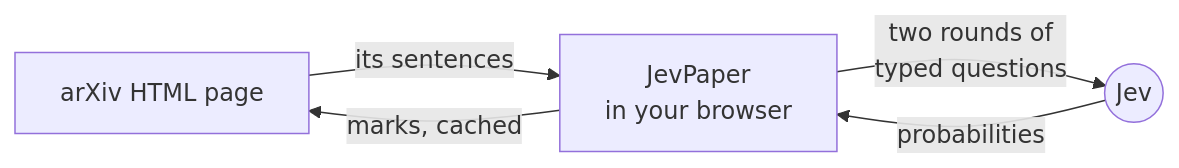
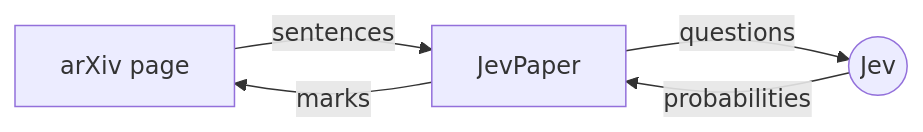
The diagram in README.md (SRjoeee/jev-paper), drawn with Mermaid before and after one commit. The commit also changed other lines of this file and 2 other files, not shown here.

Commit message:
Version the demo GIF's name and shorten the diagram's labels

````diff
--- a/README.md
+++ b/README.md
@@ -125,7 +125,7 @@
 ```mermaid
 flowchart LR
-    P["arXiv HTML page"] -->|"its sentences"| X["JevPaper<br/>in your browser"]
-    X -->|"two rounds of<br/>typed questions"| J(("Jev"))
+    P["arXiv page"] -->|"sentences"| X["JevPaper"]
+    X -->|"questions"| J(("Jev"))
     J -->|"probabilities"| X
-    X -->|"marks, cached"| P
+    X -->|"marks"| P
 ```
````
